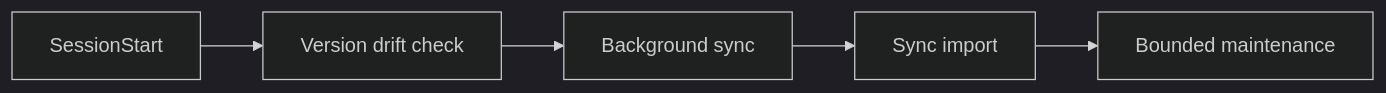
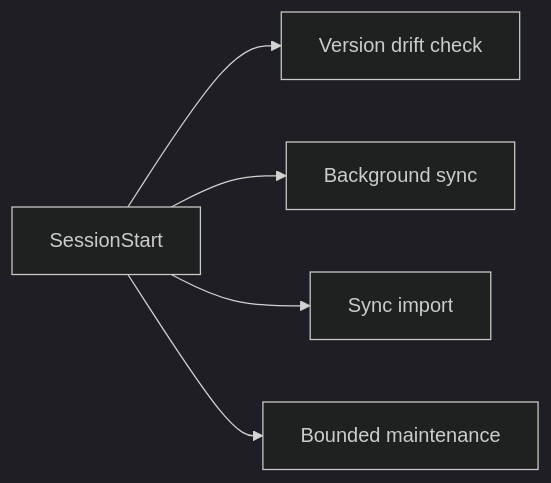
Before and after one commit to BongSuCHOI/memex: the second of 3 diagrams in docs/CONVERSATION-LIFECYCLE.md, drawn with Mermaid (dark theme). The commit also changed other lines of this file and 1 other file, not shown here.

````diff
--- a/docs/CONVERSATION-LIFECYCLE.md
+++ b/docs/CONVERSATION-LIFECYCLE.md
@@ -119,7 +125,7 @@
 ```mermaid
 flowchart LR
     S[SessionStart] --> D[Version drift check]
-    D --> Y[Background sync]
-    Y --> I[Sync import]
-    I --> M[Bounded maintenance]
+    S --> Y[Background sync]
+    S --> I[Sync import]
+    S --> M[Bounded maintenance]
 ```
````
